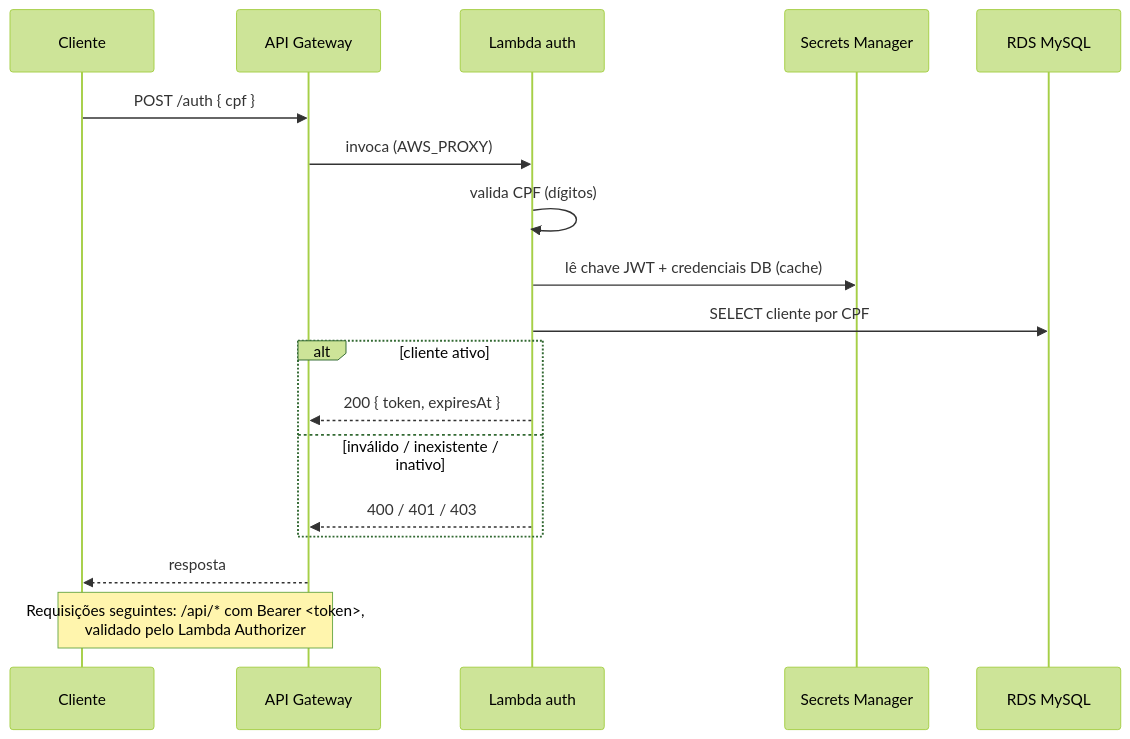
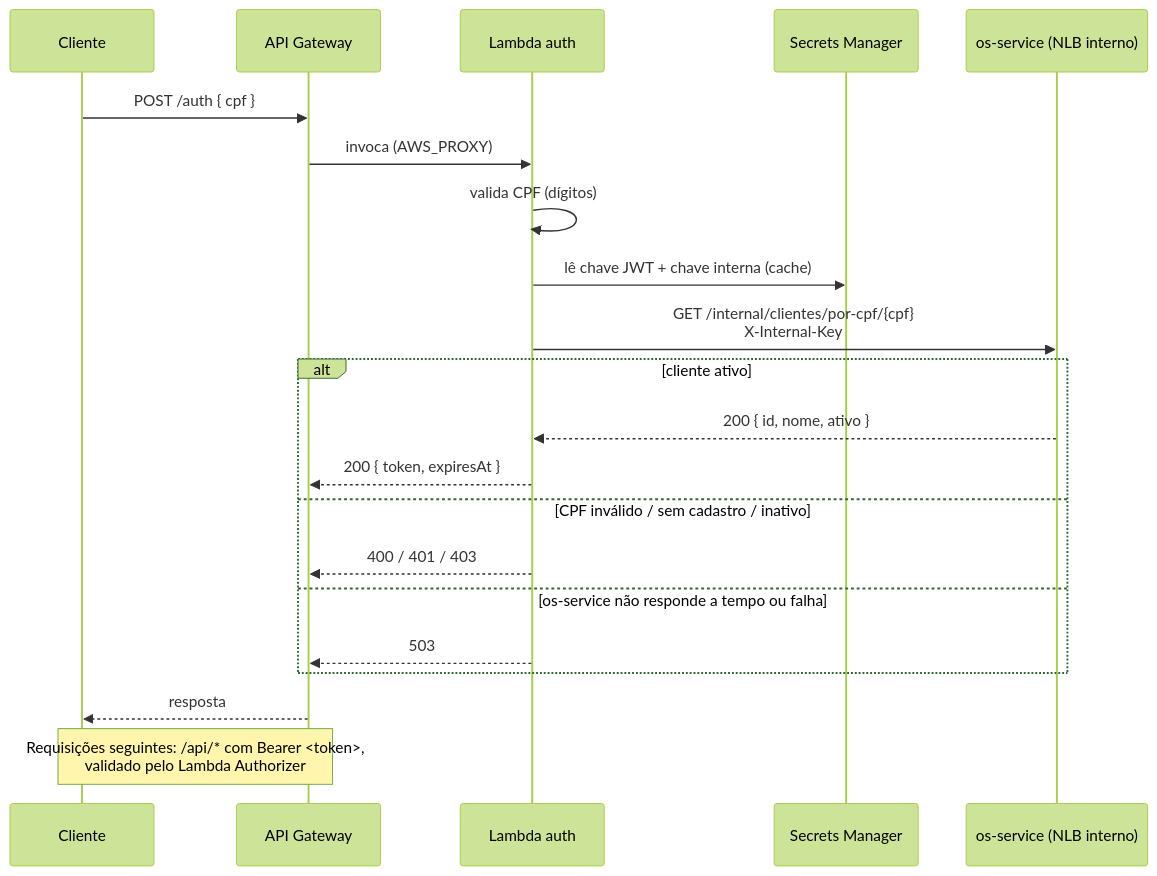
Before and after one commit to Duds27/oficina-lambda-auth: the diagram in README.md, drawn with Mermaid (forest theme). The commit also changed other lines of this file and 15 other files, not shown here.

````diff
--- a/README.md
+++ b/README.md
@@ -24,20 +27,23 @@
 ```mermaid
 sequenceDiagram
     participant C as Cliente
     participant GW as API Gateway
     participant L as Lambda auth
     participant SM as Secrets Manager
-    participant DB as RDS MySQL
+    participant OS as os-service (NLB interno)
     C->>GW: POST /auth { cpf }
     GW->>L: invoca (AWS_PROXY)
     L->>L: valida CPF (dígitos)
-    L->>SM: lê chave JWT + credenciais DB (cache)
-    L->>DB: SELECT cliente por CPF
+    L->>SM: lê chave JWT + chave interna (cache)
+    L->>OS: GET /internal/clientes/por-cpf/{cpf}<br/>X-Internal-Key
     alt cliente ativo
+        OS-->>L: 200 { id, nome, ativo }
         L-->>GW: 200 { token, expiresAt }
-    else inválido / inexistente / inativo
+    else CPF inválido / sem cadastro / inativo
         L-->>GW: 400 / 401 / 403
+    else os-service não responde a tempo ou falha
+        L-->>GW: 503
     end
     GW-->>C: resposta
     Note over C,GW: Requisições seguintes: /api/* com Bearer <token>,<br/>validado pelo Lambda Authorizer
 ```
````
